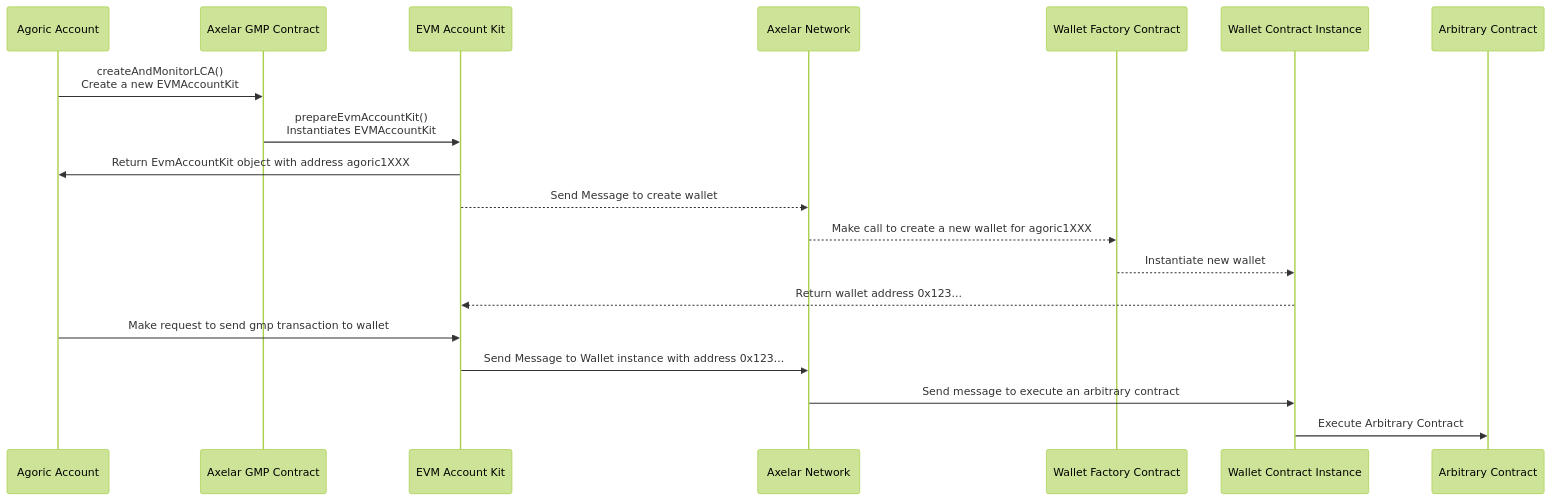
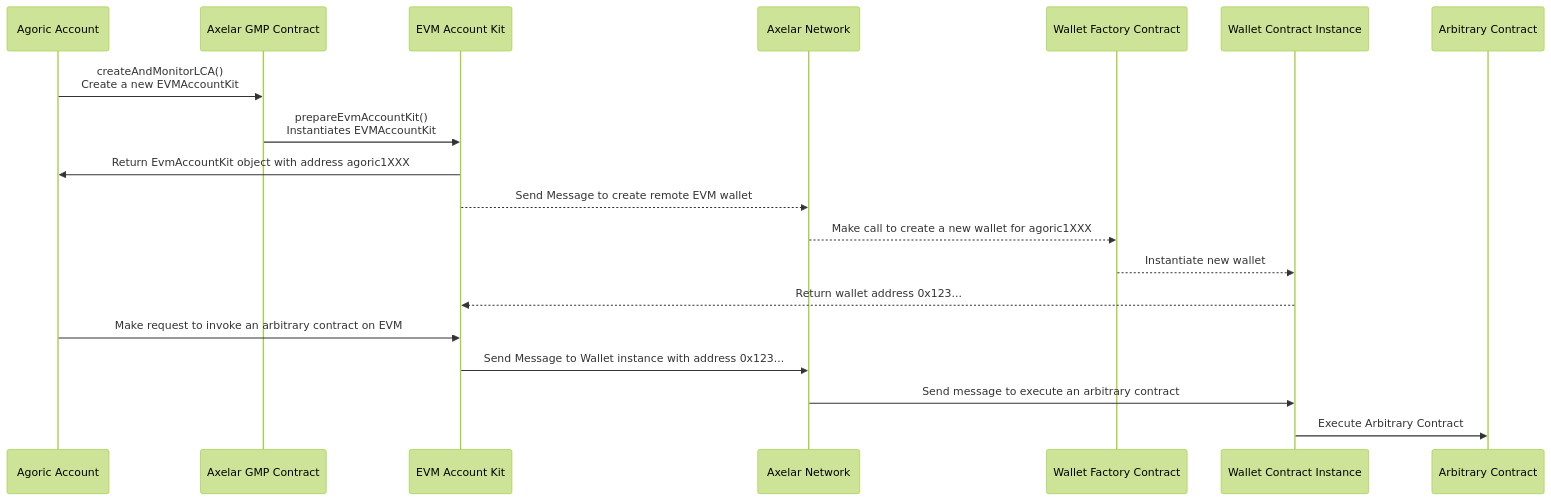
Before and after one commit to agoric-labs/dapp-evm: the diagram in docs/create-and-use-wallet.mmd, drawn with Mermaid (forest theme). The commit also changed 3 other files, not shown here.

```diff
--- a/docs/create-and-use-wallet.mmd
+++ b/docs/create-and-use-wallet.mmd
@@ -1,30 +1,30 @@
 sequenceDiagram
   participant AgoricUser as Agoric Account
   participant AxelarGMPContract as Axelar GMP Contract
   participant EVMAccountKit as EVM Account Kit
 
   participant Axelar as Axelar Network
 
 
   %% participant IBCRelayer as IBC Relayer (Agoric to Axelar)
   %% participant EvmRelayer as EVM Relayer
 
   participant Factory as Wallet Factory Contract
   participant Wallet as Wallet Contract Instance
   participant ArbitraryContract as Arbitrary Contract
 
 
   %% Wallet creation flow
   AgoricUser->>AxelarGMPContract: createAndMonitorLCA()<br>Create a new EVMAccountKit
   AxelarGMPContract->>EVMAccountKit: prepareEvmAccountKit()<br>Instantiates EVMAccountKit
   EVMAccountKit->>AgoricUser: Return EvmAccountKit object with address agoric1XXX
-  EVMAccountKit-->>Axelar: Send Message to create wallet
+  EVMAccountKit-->>Axelar: Send Message to create remote EVM wallet
   Axelar-->>Factory: Make call to create a new wallet for agoric1XXX
   Factory-->>Wallet: Instantiate new wallet
   Wallet-->>EVMAccountKit: Return wallet address 0x123...
   
   %% Wallet user flow
-  AgoricUser->>EVMAccountKit: Make request to send gmp transaction to wallet
+  AgoricUser->>EVMAccountKit: Make request to invoke an arbitrary contract on EVM
   EVMAccountKit->>Axelar: Send Message to Wallet instance with address 0x123...
   Axelar->>Wallet: Send message to execute an arbitrary contract
   Wallet->>ArbitraryContract: Execute Arbitrary Contract
```
